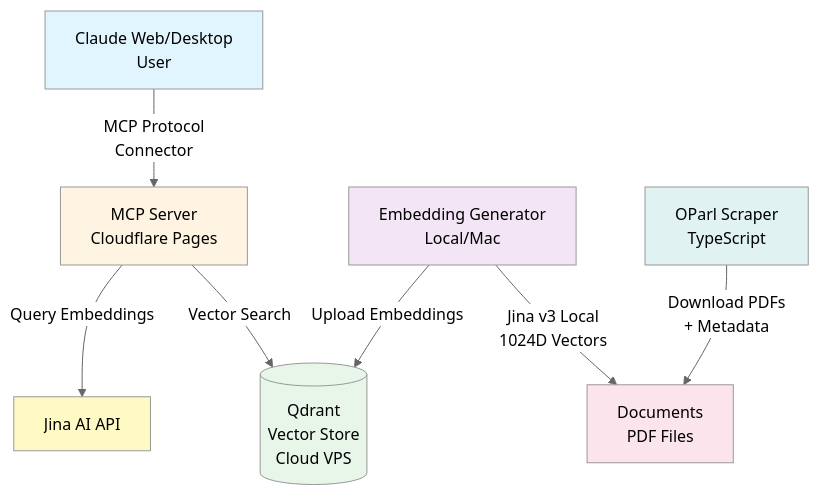
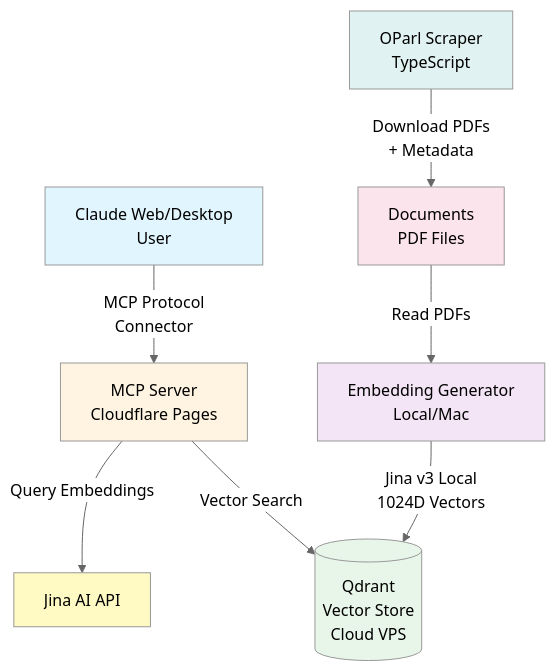
The diagram in README.md (levino/nordstemmen-ai), drawn with Mermaid (neutral theme) before and after one commit.

Commit message:
Fix data flow direction in Mermaid diagram
- Correct: Docs → Embeddings (read PDFs)
- Correct: Embeddings → Qdrant (upload vectors)
- Previous flow was reversed

🤖 Generated with [Claude Code](https://claude.com/claude-code)

````diff
--- a/README.md
+++ b/README.md
@@ -15,25 +15,25 @@
 ```mermaid
 graph TB
     User[Claude Web/Desktop<br/>User]
     MCP[MCP Server<br/>Cloudflare Pages]
     Qdrant[(Qdrant<br/>Vector Store<br/>Cloud VPS)]
     Embeddings[Embedding Generator<br/>Local/Mac]
     Docs[Documents<br/>PDF Files]
     Scraper[OParl Scraper<br/>TypeScript]
     Jina[Jina AI API]
 
     User -->|MCP Protocol<br/>Connector| MCP
     MCP -->|Query Embeddings| Jina
     MCP -->|Vector Search| Qdrant
-    Embeddings -->|Upload Embeddings| Qdrant
-    Embeddings -->|Jina v3 Local<br/>1024D Vectors| Docs
     Scraper -->|Download PDFs<br/>+ Metadata| Docs
+    Docs -->|Read PDFs| Embeddings
+    Embeddings -->|Jina v3 Local<br/>1024D Vectors| Qdrant
 
     style User fill:#e1f5ff
     style MCP fill:#fff4e1
     style Qdrant fill:#e8f5e9
     style Embeddings fill:#f3e5f5
     style Docs fill:#fce4ec
     style Scraper fill:#e0f2f1
     style Jina fill:#fff9c4
 ```
````
